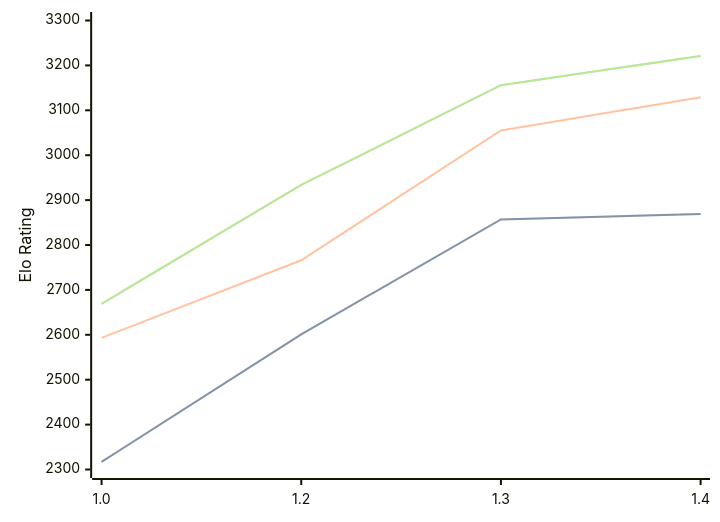
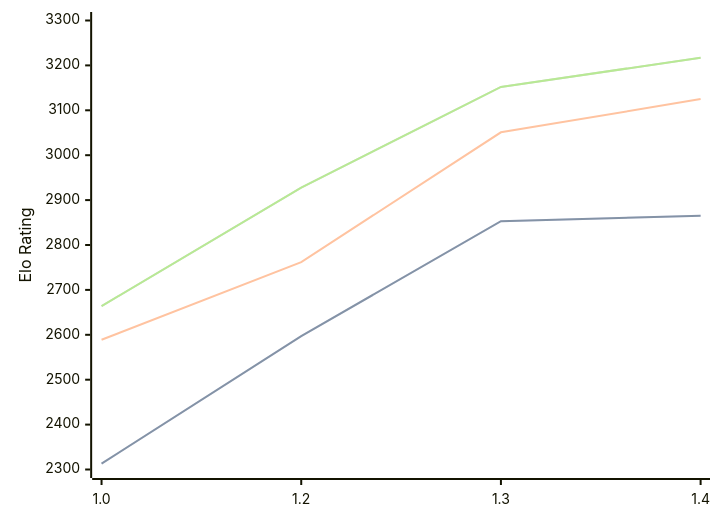
One commit to computer-chess-index/cci changed the first of 3 diagrams in engines/Chessnix.md. Above: the diagram before and after it, drawn with Mermaid. The commit also changed other lines of this file, not shown here.

Commit message:
Update CCI Ratings (ELO VLTC) - 2026-07-16

````diff
--- a/engines/Chessnix.md
+++ b/engines/Chessnix.md
@@ -36,11 +36,11 @@
 ```mermaid
 %%{init: {"theme":"base","themeVariables":{"seriesColors:['#a3a3a3','#222221','#faa371']}}}%%
 xychart-beta
   x-axis ["1.0", "1.2", "1.3", "1.4"]
   y-axis "Elo Rating" 2300 --> 3300
-  line "STC (8.0+0.08s)" [2317, 2601, 2857, 2869]
-  line "STC (8.0+0.08s)" [2317, 2601, 2857, 2869]
-  line "LTC (60.0+0.60s)" [2593, 2766, 3055, 3129]
-  line "VLTC (2m24s+1.12s)" [2669, 2934, 3156, 3221]
-  line "VLTC (2m24s+1.12s)" [2669, 2934, 3156, 3221]
+  line "STC (8.0+0.08s)" [2313, 2597, 2853, 2865]
+  line "STC (8.0+0.08s)" [2313, 2597, 2853, 2865]
+  line "LTC (60.0+0.60s)" [2589, 2762, 3051, 3125]
+  line "VLTC (2m24s+1.12s)" [2664, 2928, 3152, 3217]
+  line "VLTC (2m24s+1.12s)" [2664, 2928, 3152, 3217]
 ```
````
